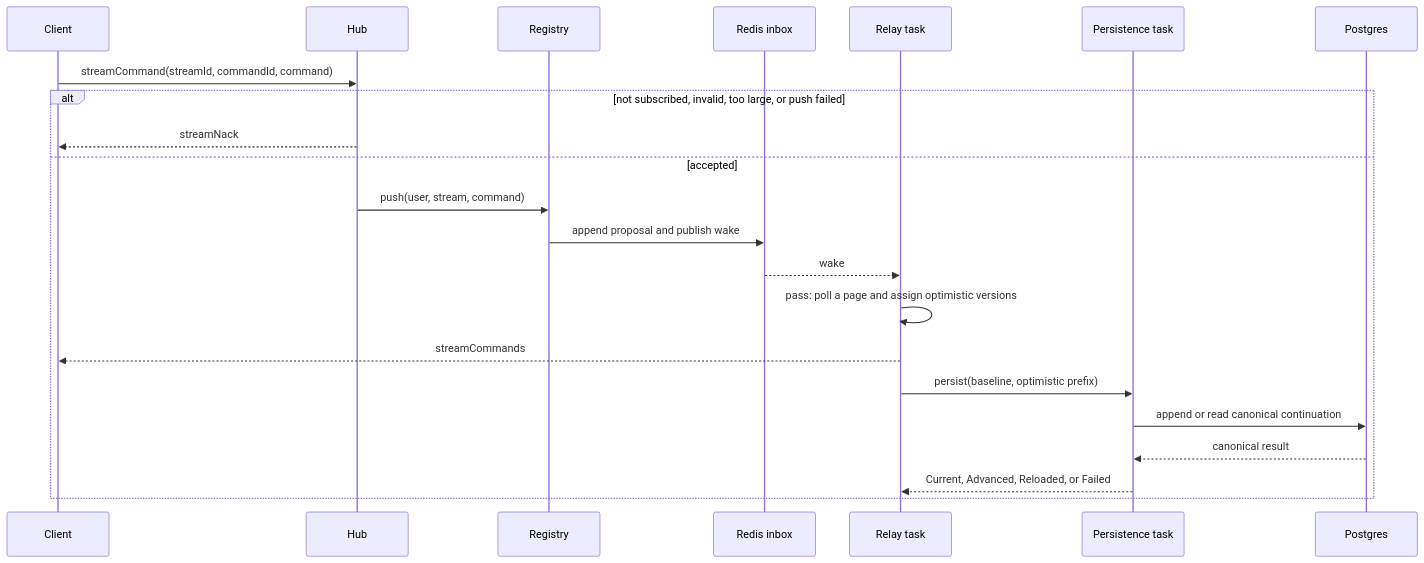
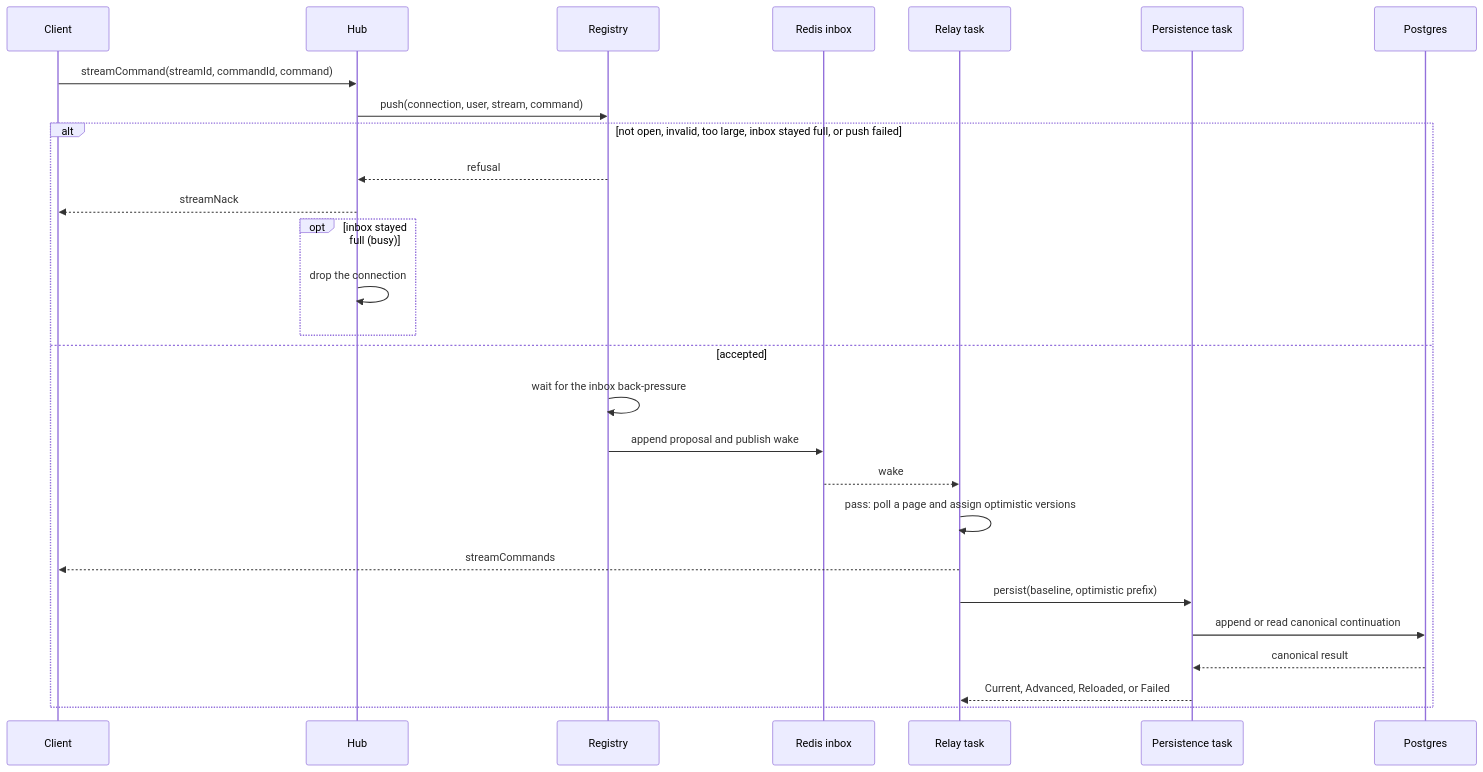
Before and after one commit to gzp79/shine-services: the fourth of 9 diagrams in docs/services/builder/hub.md, drawn with Mermaid. The commit also changed other lines of this file and 14 other files, not shown here.

````diff
--- a/docs/services/builder/hub.md
+++ b/docs/services/builder/hub.md
@@ -132,25 +134,30 @@
 ```mermaid
 sequenceDiagram
     participant C as Client
     participant H as Hub
     participant R as Registry
     participant X as Redis inbox
     participant A as Relay task
     participant P as Persistence task
     participant L as Postgres
 
     C->>H: streamCommand(streamId, commandId, command)
-    alt not subscribed, invalid, too large, or push failed
+    H->>R: push(connection, user, stream, command)
+    alt not open, invalid, too large, inbox stayed full, or push failed
+        R-->>H: refusal
         H-->>C: streamNack
+        opt inbox stayed full (busy)
+            H->>H: drop the connection
+        end
     else accepted
-        H->>R: push(user, stream, command)
+        R->>R: wait for the inbox back-pressure
         R->>X: append proposal and publish wake
         X-->>A: wake
         A->>A: pass: poll a page and assign optimistic versions
         A-->>C: streamCommands
         A->>P: persist(baseline, optimistic prefix)
         P->>L: append or read canonical continuation
         L-->>P: canonical result
         P-->>A: Current, Advanced, Reloaded, or Failed
     end
 ```
````
